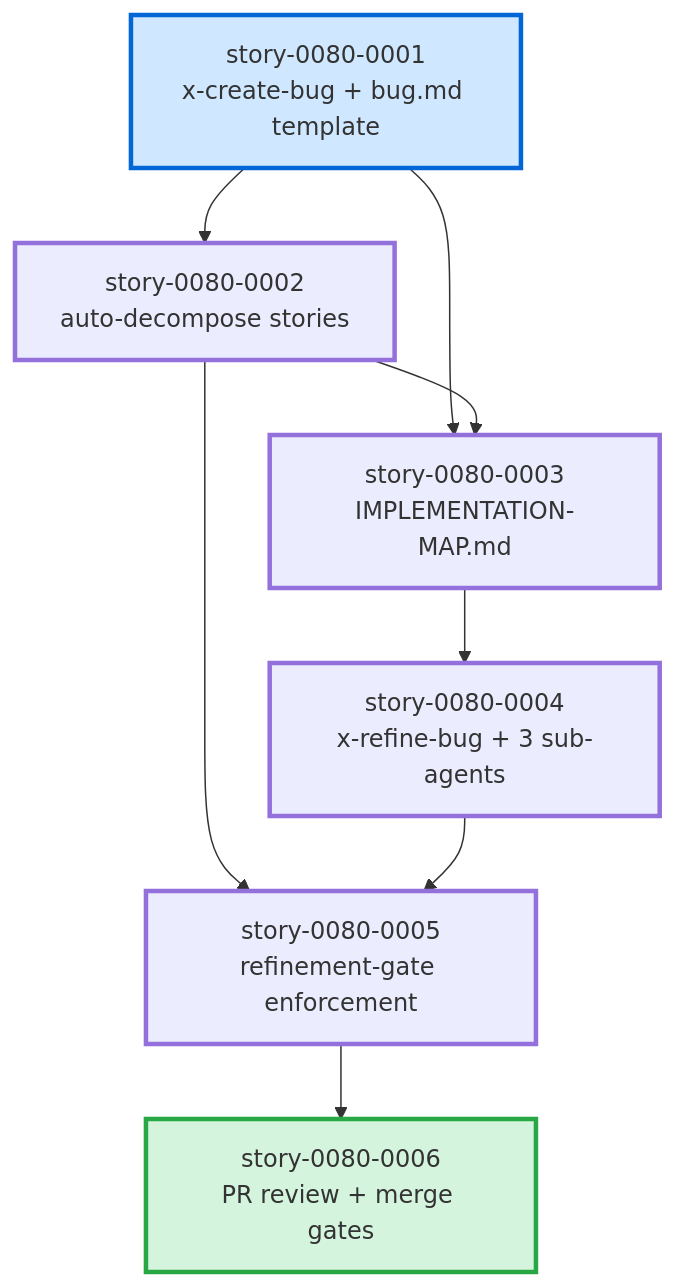
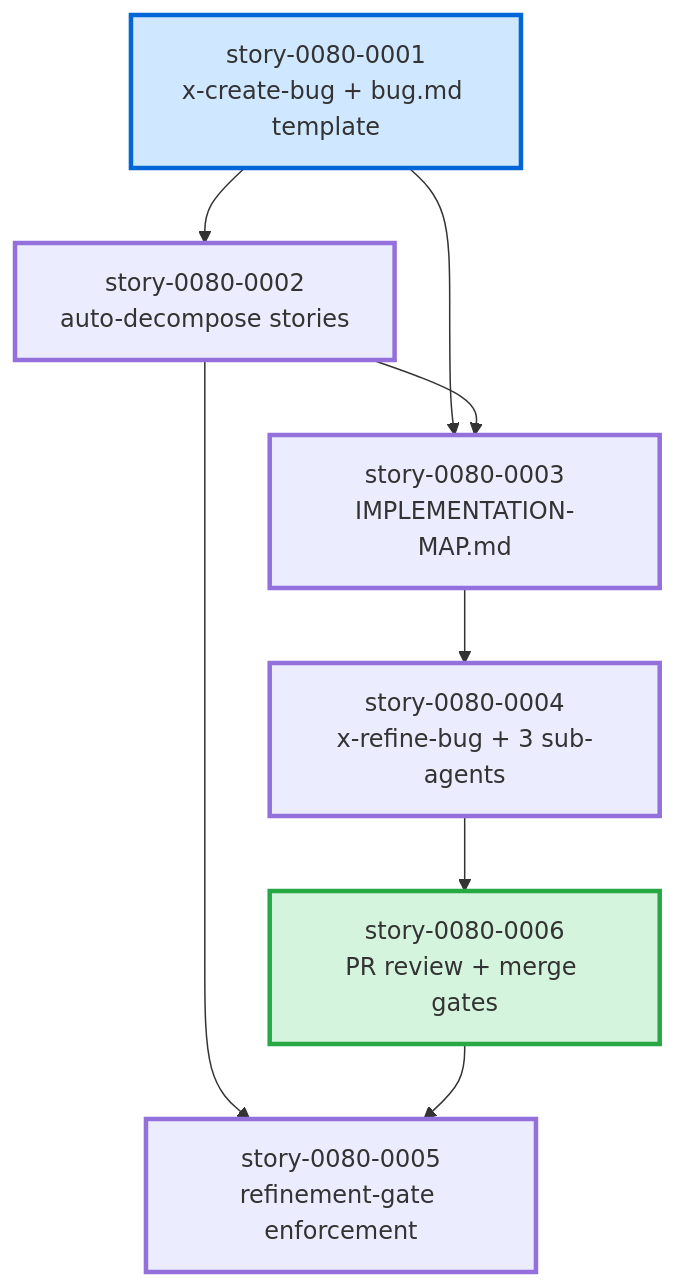
One commit to review-bench/edercnj_ia-dev-environment changed the diagram in ai/epics/epic-0080-bug-lifecycle-management/IMPLEMENTATION-MAP.md. Above: the diagram before and after it, drawn with Mermaid. The commit also changed other lines of this file and 7 other files, not shown here.

````diff
--- a/ai/epics/epic-0080-bug-lifecycle-management/IMPLEMENTATION-MAP.md
+++ b/ai/epics/epic-0080-bug-lifecycle-management/IMPLEMENTATION-MAP.md
@@ -108,22 +108,22 @@
 ```mermaid
 graph TD
     S1[story-0080-0001<br/>x-create-bug + bug.md template]
     S2[story-0080-0002<br/>auto-decompose stories]
     S3[story-0080-0003<br/>IMPLEMENTATION-MAP.md]
     S4[story-0080-0004<br/>x-refine-bug + 3 sub-agents]
     S5[story-0080-0005<br/>refinement-gate enforcement]
     S6[story-0080-0006<br/>PR review + merge gates]
 
     S1 --> S2
     S1 --> S3
     S2 --> S3
     S2 --> S5
     S3 --> S4
-    S4 --> S5
-    S5 --> S6
+    S4 --> S6
+    S6 --> S5
 
     style S1 fill:#cfe8ff,stroke:#0366d6
     style S6 fill:#d4f4dd,stroke:#28a745
     classDef critPath stroke-width:3px
     class S1,S2,S3,S4,S5,S6 critPath
 ```
````
